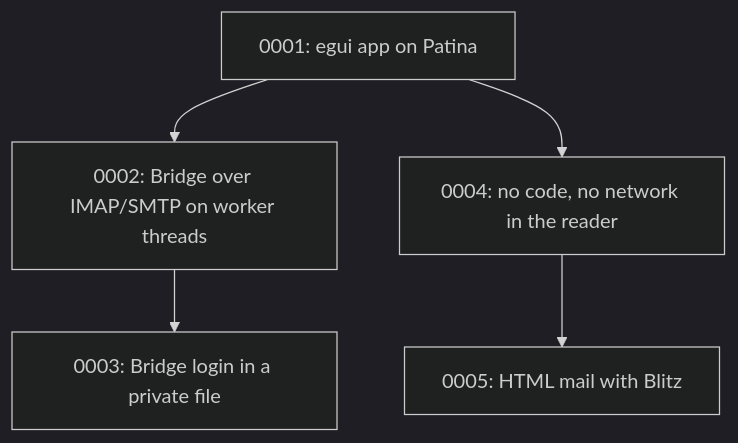
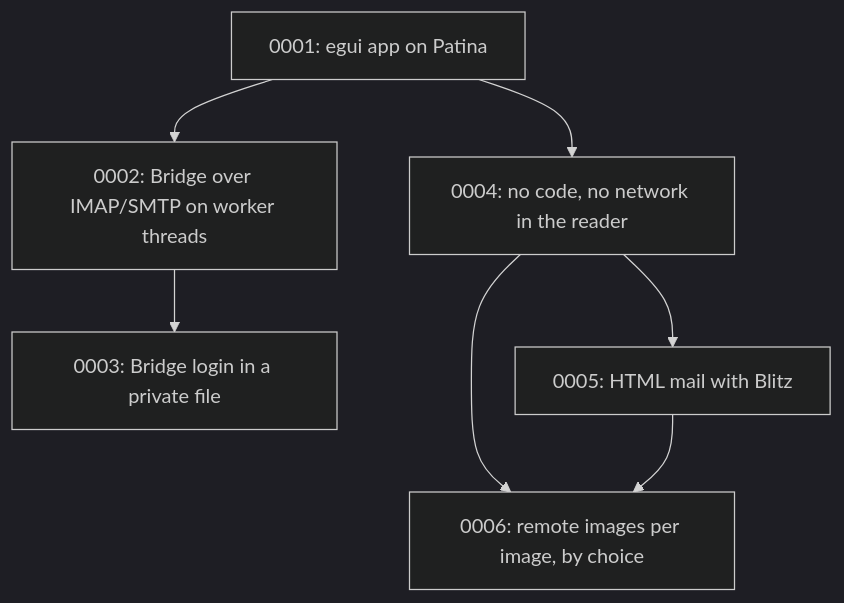
The diagram in mail/docs/adr/README.md (Sector-F-Labs/patina-desktop), drawn with Mermaid (dark theme) before and after one commit. The commit also changed other lines of this file and 15 other files, not shown here.

First line of the commit message:
Remote images by choice, tracking pixels flagged (ADR-0006)

````diff
--- a/mail/docs/adr/README.md
+++ b/mail/docs/adr/README.md
@@ -53,12 +54,15 @@
 ```mermaid
 flowchart TD
     A[0001: egui app on Patina]
     B[0002: Bridge over IMAP/SMTP on worker threads]
     C[0003: Bridge login in a private file]
     A --> B
     B --> C
     D[0004: no code, no network in the reader]
     A --> D
     E[0005: HTML mail with Blitz]
     D --> E
+    F[0006: remote images per image, by choice]
+    D --> F
+    E --> F
 ```
````
